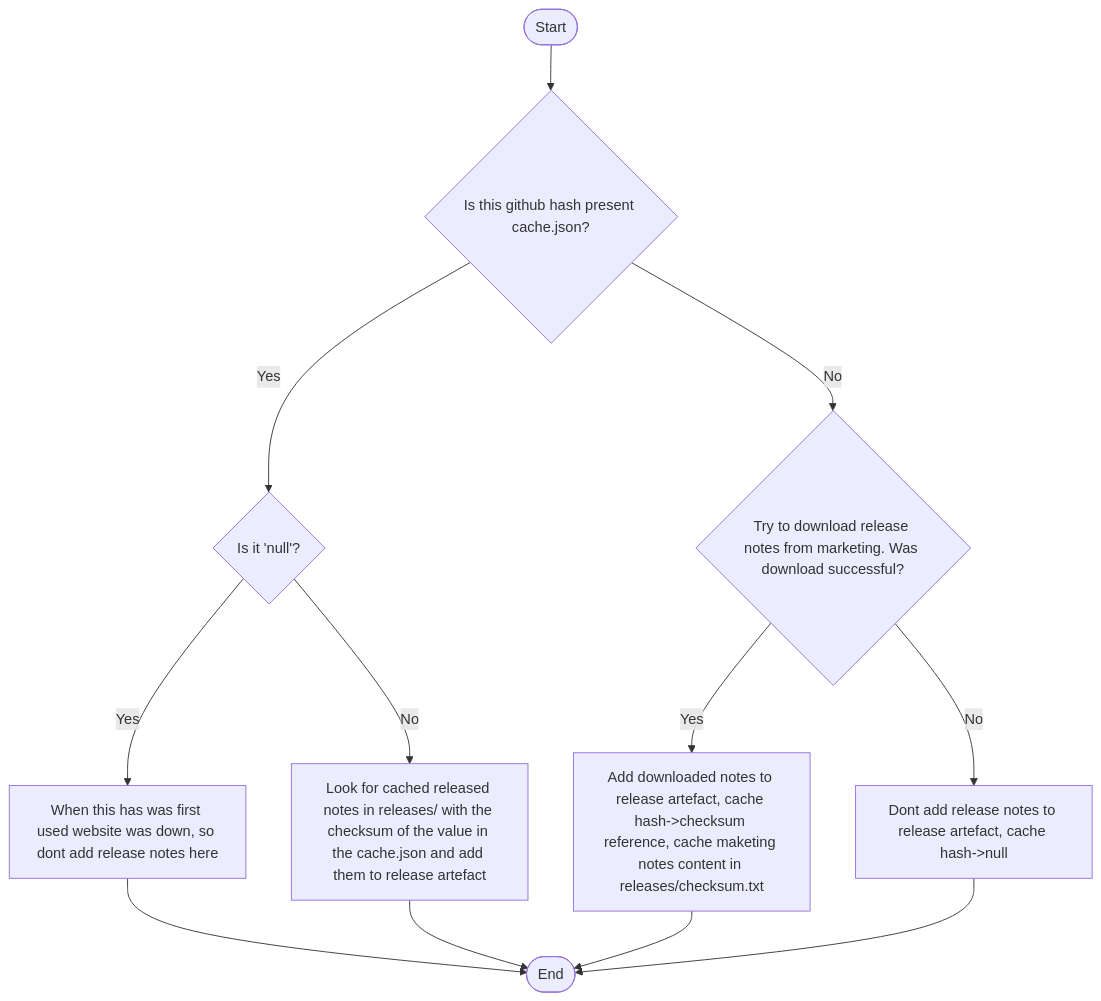
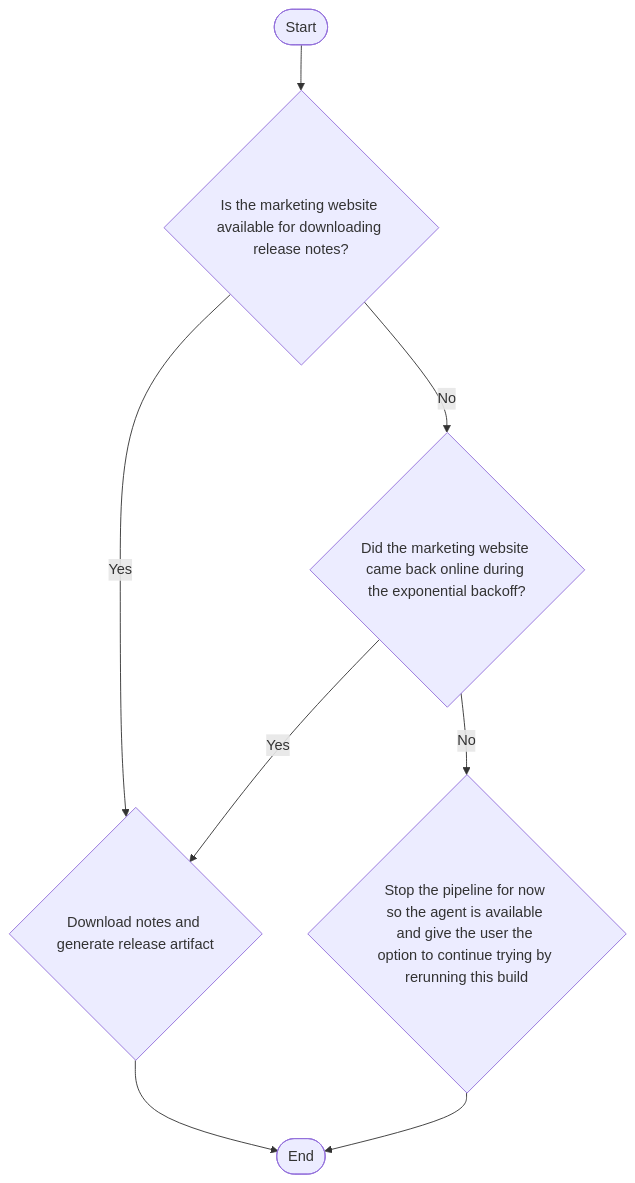
The diagram in README.md (Alvel11/JetbrainsTestAssignment), drawn with Mermaid before and after one commit. The commit also changed other lines of this file, not shown here.

````diff
--- a/README.md
+++ b/README.md
@@ -43,19 +39,14 @@
 ```mermaid
 flowchart TD
-    Start([Start]) --> CheckCache{Is this github hash present cache.json?}
+    Start([Start]) --> TryDownload{Is the marketing website available for downloading release notes?}
     
-    CheckCache -->|Yes| CheckNull{Is it 'null'?}
-    CheckCache -->|No| TryDownload{Try to download release notes from marketing. Was download successful?}
+    TryDownload -->|Yes| Download{Download notes and generate release artifact}
+    TryDownload -->|No| ExponentialBackoff{Did the marketing website came back online during the exponential backoff?}
     
-    CheckNull -->|Yes| Case1[When this has was first used website was down, so dont add release notes here]
-    CheckNull -->|No| Case2[Look for cached released notes in releases/ with the checksum of the value in the cache.json and add them to release artefact]
+    ExponentialBackoff -->|Yes| Download{Download notes and generate release artifact}
+    ExponentialBackoff -->|No| Postpone{Stop the pipeline for now so the agent is available and give the user the option to continue trying by rerunning this build}
     
-    TryDownload -->|Yes| Case3[Add downloaded notes to release artefact, cache hash->checksum reference, cache maketing notes content in releases/checksum.txt ]
-    TryDownload -->|No| Case4[Dont add release notes to release artefact, cache hash->null]
-    
-    Case1 --> End([End])
-    Case2 --> End
-    Case3 --> End
-    Case4 --> End
+    Download --> End([End])
+    Postpone --> End
     
 ```
````
